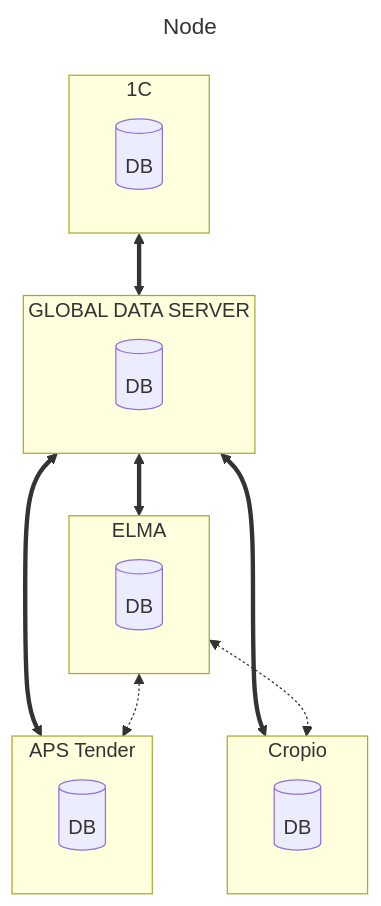
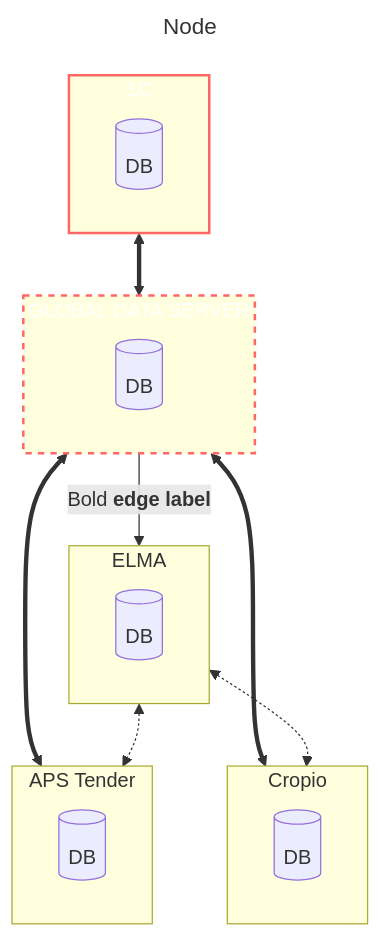
Before and after one commit to Zorin-Mykhailo/KustoArchitect: the diagram in README.md, drawn with Mermaid.

````diff
--- a/README.md
+++ b/README.md
@@ -1,32 +1,36 @@
 ```mermaid
 ---
 title: Node
 ---
 flowchart TD
     subgraph OneS ["1С"]
     OneS_DB[(DB)]
     end
     
+    style OneS stroke:#f66,stroke-width:2px,color:#fff
+    
     subgraph GDS["GLOBAL DATA SERVER"]
     KGDS_DB[(DB)]
     end
+    
+    style GDS stroke:#f66,stroke-width:2px,color:#fff,stroke-dasharray: 5 5
     
     subgraph Elma ["ELMA"]
     Elma_DB[(DB)]
     end
     
     subgraph Cropio ["Cropio"]
     Cropio_DB[(DB)]
     end
     
     subgraph Aps ["APS Tender"]
     Aps_DB[(DB)]
     end
     
     OneS <==> GDS
-    GDS <==> Elma
+    GDS -- "`Bold **edge label**`" --> Elma
     GDS <==> Cropio
     GDS <==> Aps
     Elma <-.-> Aps
     Elma <-.-> Cropio
 ```
````
